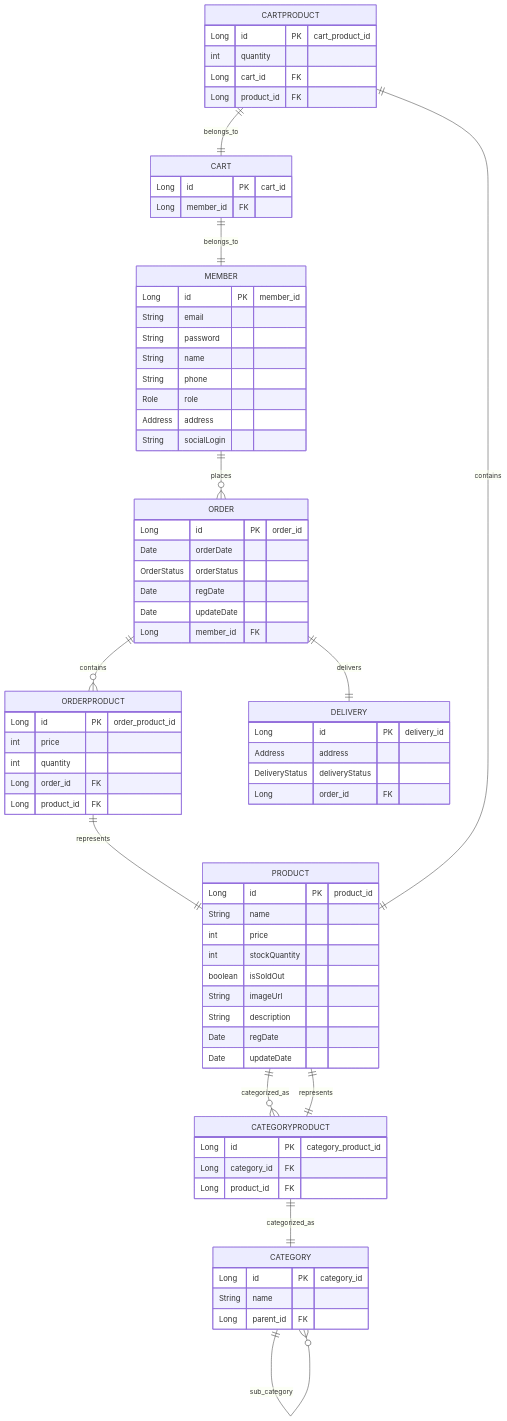
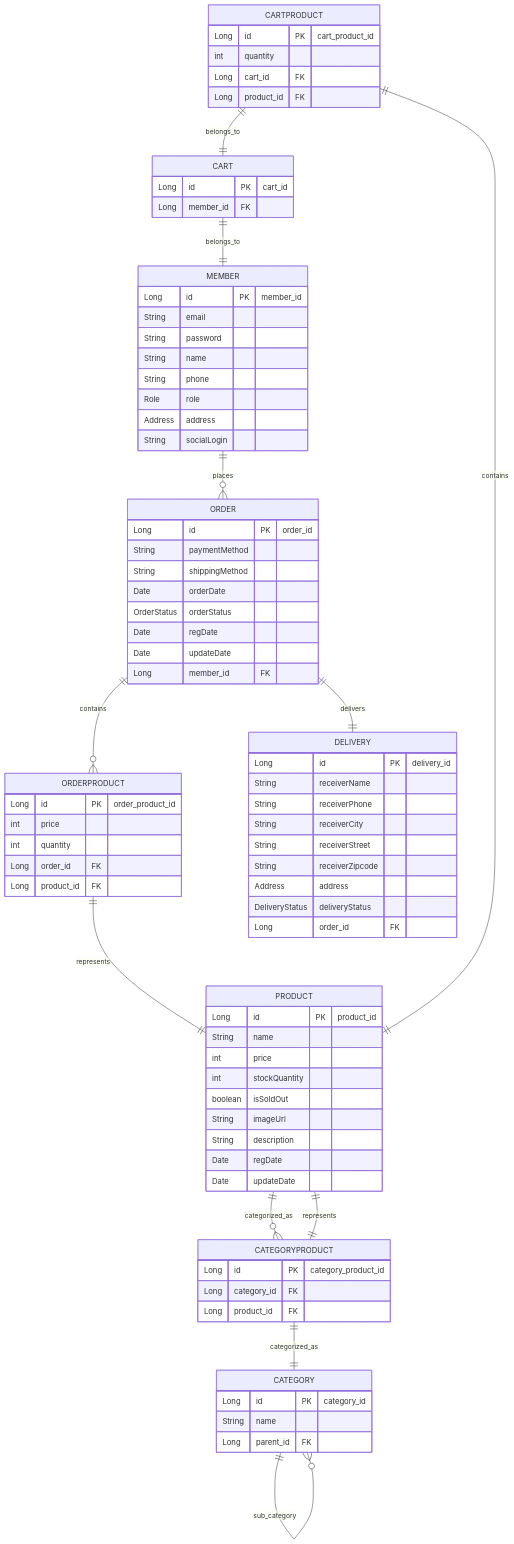
One commit to yuyt2012/testmall changed the diagram in README.md. Above: the diagram before and after it, drawn with Mermaid. The commit also changed 12 other files, not shown here.

```diff
--- a/README.md
+++ b/README.md
@@ -32,6 +32,8 @@
     }
     ORDER {
         Long id PK "order_id"
+        String paymentMethod
+        String shippingMethod
         Date orderDate
         OrderStatus orderStatus
         Date regDate
@@ -58,6 +60,11 @@
     }
     DELIVERY {
         Long id PK "delivery_id"
+        String receiverName
+        String receiverPhone
+        String receiverCity
+        String receiverStreet
+        String receiverZipcode
         Address address
         DeliveryStatus deliveryStatus
         Long order_id FK
```
